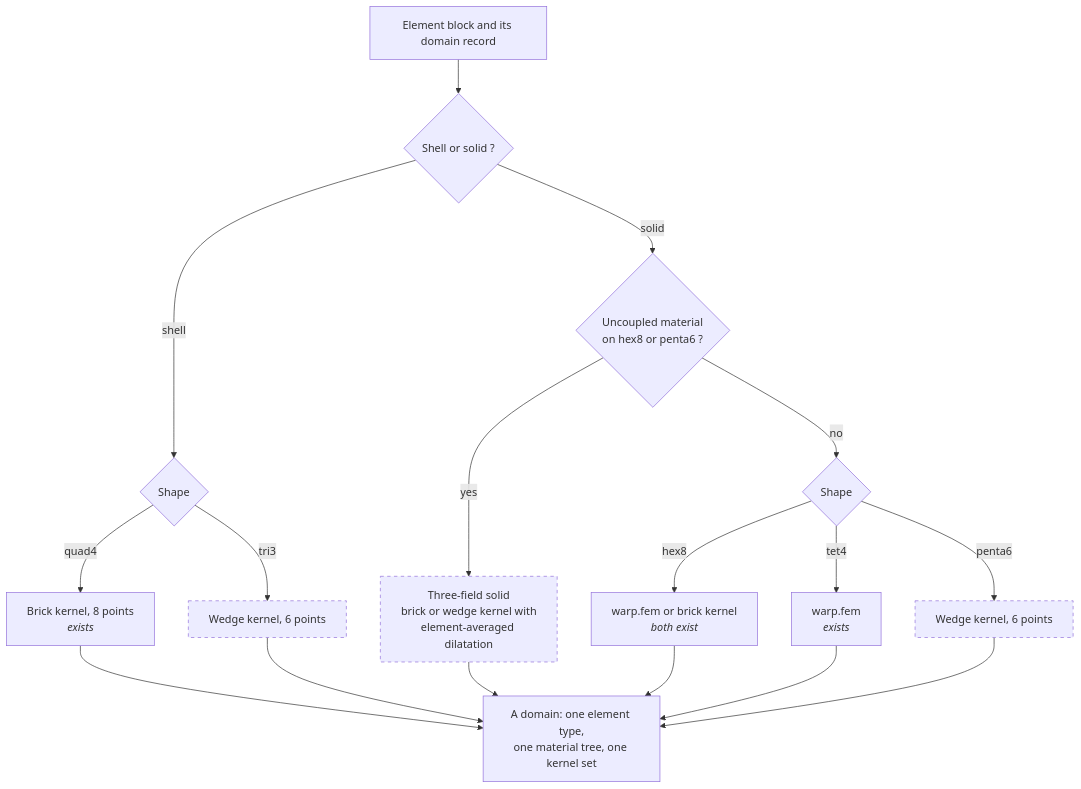
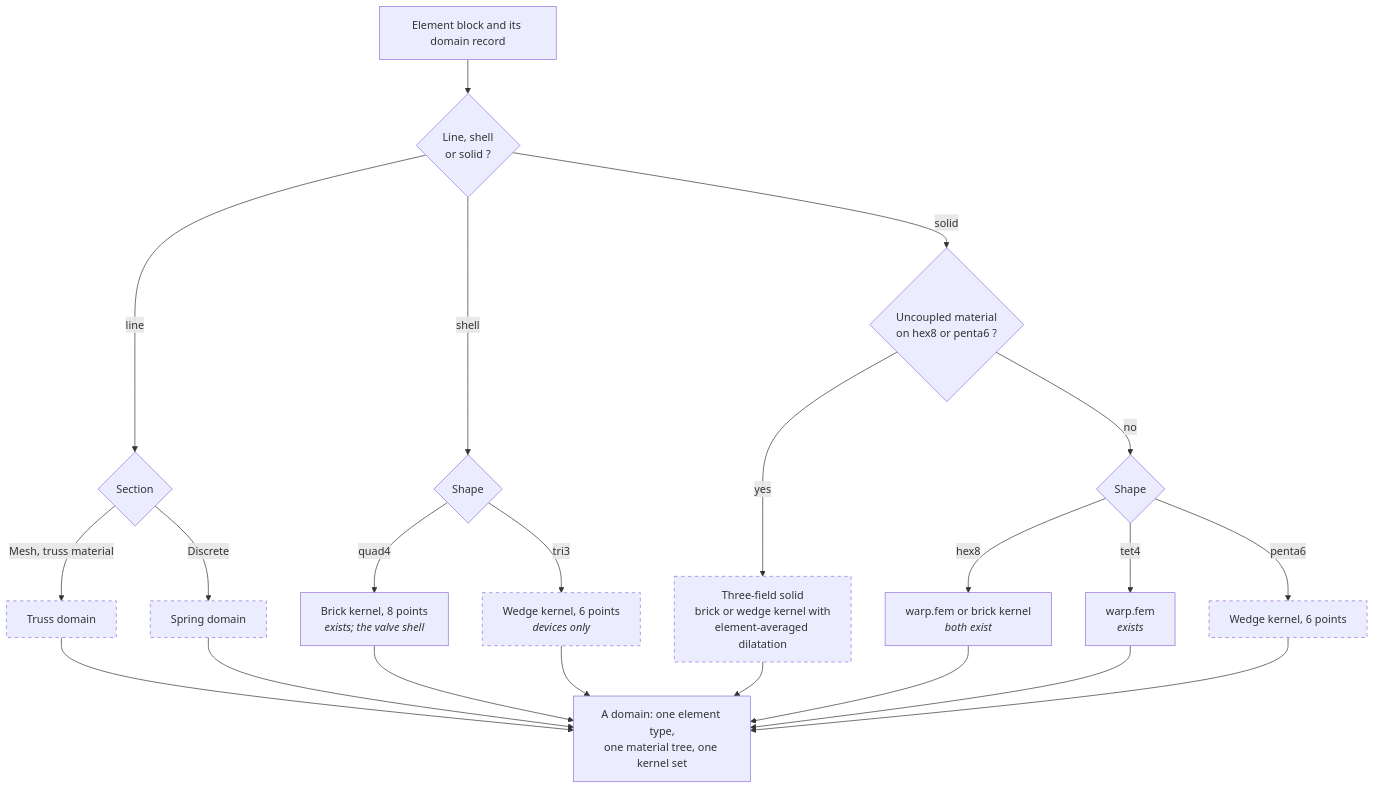
One commit to JolleyLab/FEBio-Warp-Python changed the diagram in docs/design/elements.md. Above: the diagram before and after it, drawn with Mermaid. The commit also changed other lines of this file and 12 other files, not shown here.

````diff
--- a/docs/design/elements.md
+++ b/docs/design/elements.md
@@ -17,19 +30,23 @@
 ```mermaid
 flowchart TB
-    block["Element block and its domain record"] --> kind{"Shell or solid ?"}
+    block["Element block and its domain record"] --> kind{"Line, shell<br/>or solid ?"}
+
+    kind -- line --> lk{"Section"}
+    lk -- "Mesh, truss material" --> tr["Truss domain"]:::todo
+    lk -- "Discrete" --> sp["Spring domain"]:::todo
 
     kind -- shell --> sshape{"Shape"}
-    sshape -- quad4 --> q4["Brick kernel, 8 points<br/><i>exists</i>"]
-    sshape -- tri3 --> t3["Wedge kernel, 6 points"]:::todo
+    sshape -- quad4 --> q4["Brick kernel, 8 points<br/><i>exists; the valve shell</i>"]
+    sshape -- tri3 --> t3["Wedge kernel, 6 points<br/><i>devices only</i>"]:::todo
 
     kind -- solid --> unc{"Uncoupled material<br/>on hex8 or penta6 ?"}
     unc -- yes --> tf["Three-field solid<br/>brick or wedge kernel with<br/>element-averaged dilatation"]:::todo
     unc -- no --> shape{"Shape"}
     shape -- hex8 --> h8["warp.fem or brick kernel<br/><i>both exist</i>"]
     shape -- tet4 --> t4["warp.fem<br/><i>exists</i>"]
     shape -- penta6 --> p6["Wedge kernel, 6 points"]:::todo
 
-    q4 & t3 & tf & h8 & t4 & p6 --> term["A domain: one element type,<br/>one material tree, one kernel set"]
+    tr & sp & q4 & t3 & tf & h8 & t4 & p6 --> term["A domain: one element type,<br/>one material tree, one kernel set"]
 
     classDef todo stroke-dasharray: 5 5
 ```
````
